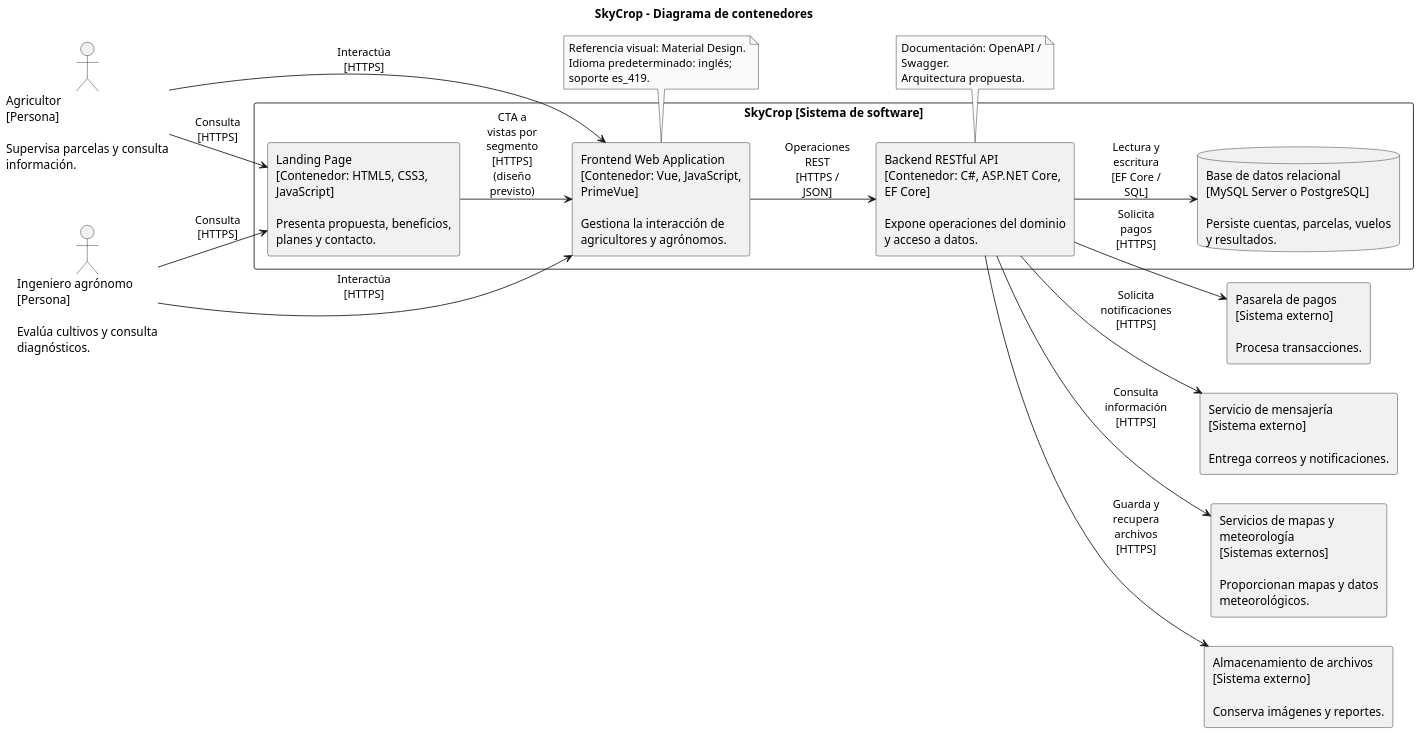
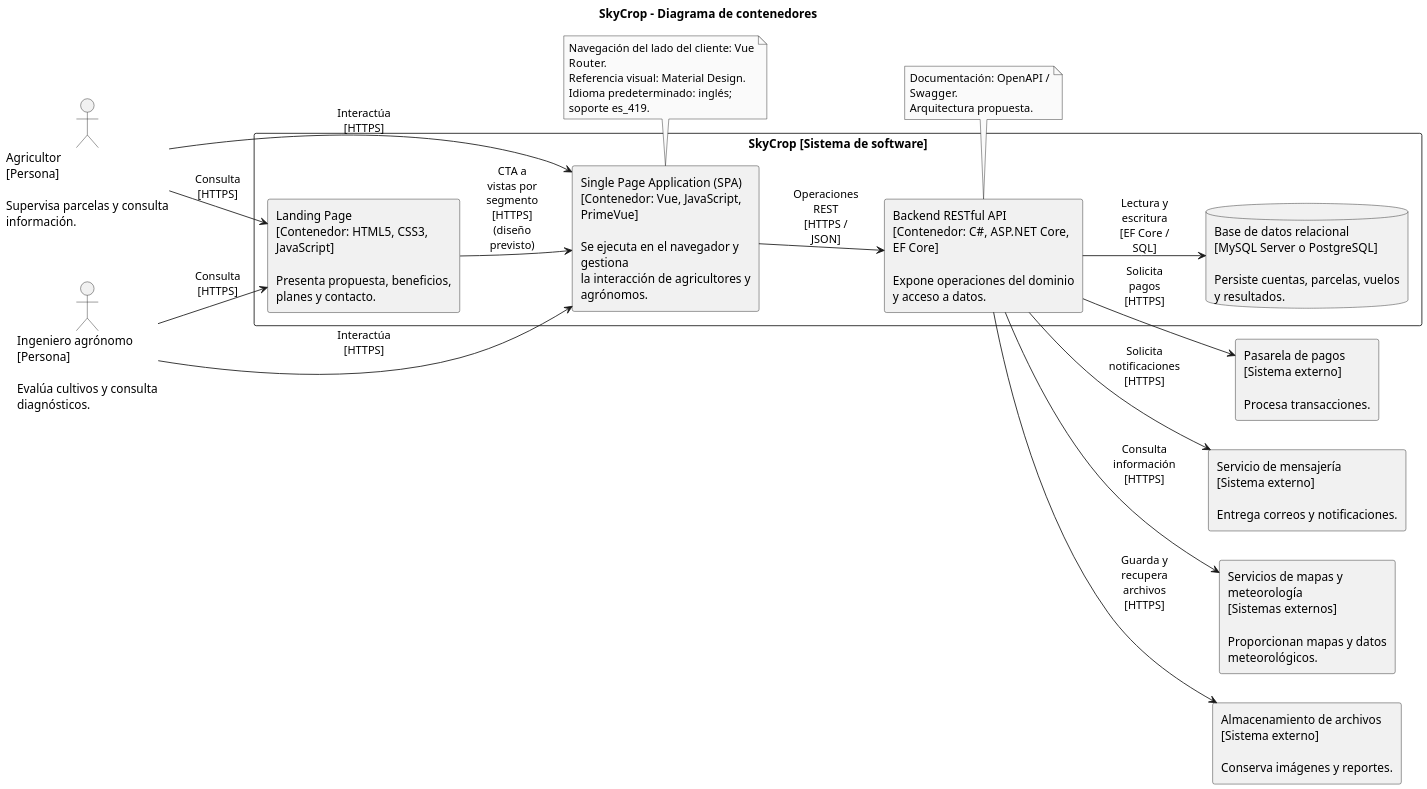
The diagram in resources/imgs/Software Architecture Diagram/Container-Diagram-updated.puml (upc-GreenTech/skycrop-report), drawn with PlantUML before and after one commit. The commit also changed 2 other files, not shown here.

Commit message:
feature: identify SPA in container diagram and architecture description

```diff
--- a/resources/imgs/Software Architecture Diagram/Container-Diagram-updated.puml
+++ b/resources/imgs/Software Architecture Diagram/Container-Diagram-updated.puml
@@ -1,43 +1,44 @@
 @startuml
 skinparam monochrome true
 skinparam shadowing false
 skinparam dpi 150
 skinparam defaultFontName SansSerif
 skinparam wrapWidth 220
 skinparam maxMessageSize 70
 skinparam componentStyle rectangle
 left to right direction
 title SkyCrop - Diagrama de contenedores
 actor "Agricultor\n[Persona]\n\nSupervisa parcelas y consulta información." as farmer
 actor "Ingeniero agrónomo\n[Persona]\n\nEvalúa cultivos y consulta diagnósticos." as agronomist
 rectangle "SkyCrop [Sistema de software]" {
 component "Landing Page\n[Contenedor: HTML5, CSS3, JavaScript]\n\nPresenta propuesta, beneficios, planes y contacto." as landing
-component "Frontend Web Application\n[Contenedor: Vue, JavaScript, PrimeVue]\n\nGestiona la interacción de agricultores y agrónomos." as web
+component "Single Page Application (SPA)\n[Contenedor: Vue, JavaScript, PrimeVue]\n\nSe ejecuta en el navegador y gestiona\nla interacción de agricultores y agrónomos." as web
 component "Backend RESTful API\n[Contenedor: C#, ASP.NET Core, EF Core]\n\nExpone operaciones del dominio y acceso a datos." as api
 database "Base de datos relacional\n[MySQL Server o PostgreSQL]\n\nPersiste cuentas, parcelas, vuelos y resultados." as db
 }
 component "Pasarela de pagos\n[Sistema externo]\n\nProcesa transacciones." as payment
 component "Servicio de mensajería\n[Sistema externo]\n\nEntrega correos y notificaciones." as messaging
 component "Servicios de mapas y meteorología\n[Sistemas externos]\n\nProporcionan mapas y datos meteorológicos." as agri
 component "Almacenamiento de archivos\n[Sistema externo]\n\nConserva imágenes y reportes." as storage
 farmer --> landing : Consulta [HTTPS]
 agronomist --> landing : Consulta [HTTPS]
 farmer --> web : Interactúa [HTTPS]
 agronomist --> web : Interactúa [HTTPS]
 landing --> web : CTA a vistas por segmento [HTTPS]\n(diseño previsto)
 web --> api : Operaciones REST [HTTPS / JSON]
 api --> db : Lectura y escritura [EF Core / SQL]
 api --> payment : Solicita pagos [HTTPS]
 api --> messaging : Solicita notificaciones [HTTPS]
 api --> agri : Consulta información [HTTPS]
 api --> storage : Guarda y recupera archivos [HTTPS]
 note bottom of web
+Navegación del lado del cliente: Vue Router.
 Referencia visual: Material Design.
 Idioma predeterminado: inglés; soporte es_419.
 end note
 note bottom of api
 Documentación: OpenAPI / Swagger.
 Arquitectura propuesta.
 end note
 
 @enduml
```
